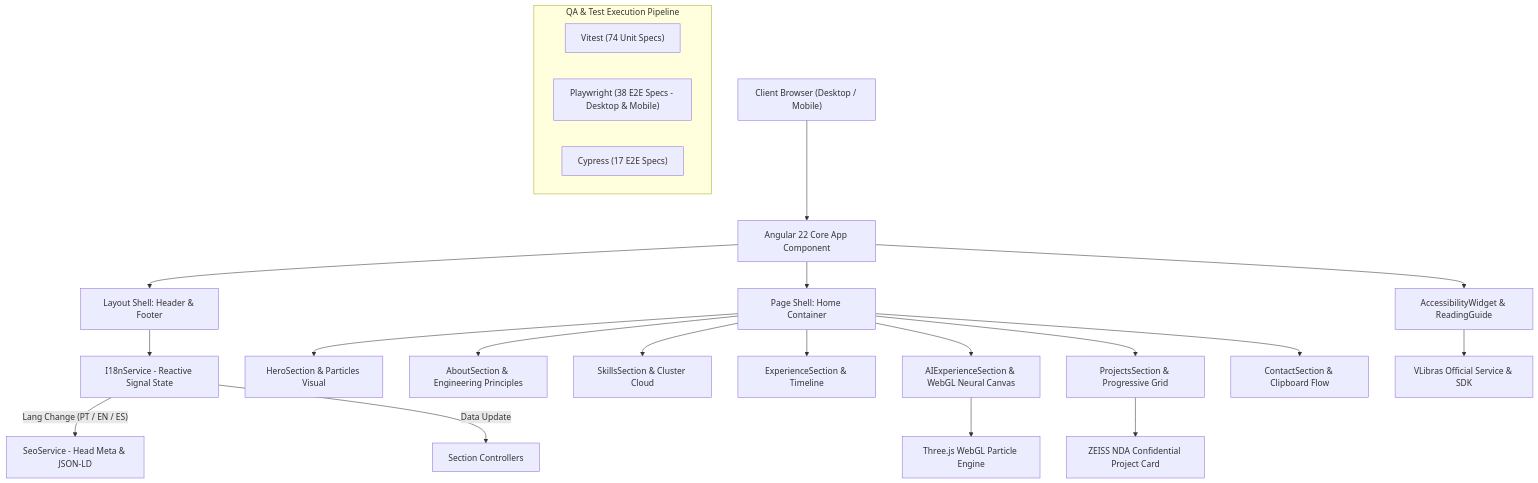
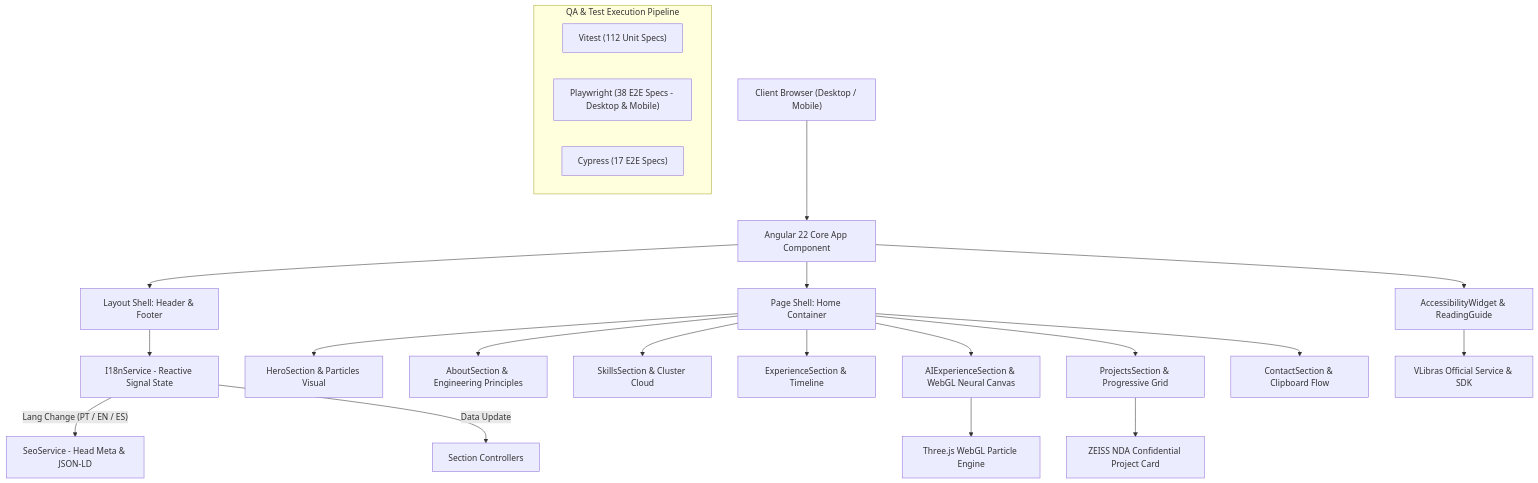
The first of 2 diagrams in README.md (DevYuriVieira/portfolio), drawn with Mermaid before and after one commit. The commit also changed other lines of this file and 4 other files, not shown here.

````diff
--- a/README.md
+++ b/README.md
@@ -144,30 +163,30 @@
 ```mermaid
 flowchart TD
     A["Client Browser (Desktop / Mobile)"] --> B["Angular 22 Core App Component"]
     
     B --> C["Layout Shell: Header & Footer"]
     B --> D["Page Shell: Home Container"]
     
     C --> E["I18nService - Reactive Signal State"]
     E -- "Lang Change (PT / EN / ES)" --> F["SeoService - Head Meta & JSON-LD"]
     E -- "Data Update" --> G["Section Controllers"]
     
     D --> H1["HeroSection & Particles Visual"]
     D --> H2["AboutSection & Engineering Principles"]
     D --> H3["SkillsSection & Cluster Cloud"]
     D --> H4["ExperienceSection & Timeline"]
     D --> H5["AIExperienceSection & WebGL Neural Canvas"]
     D --> H6["ProjectsSection & Progressive Grid"]
     D --> H7["ContactSection & Clipboard Flow"]
     
     H5 --> I["Three.js WebGL Particle Engine"]
     H6 --> J["ZEISS NDA Confidential Project Card"]
     B --> A11y["AccessibilityWidget & ReadingGuide"]
     A11y --> VLibras["VLibras Official Service & SDK"]
     
     subgraph "QA & Test Execution Pipeline"
-        K1["Vitest (74 Unit Specs)"]
+        K1["Vitest (112 Unit Specs)"]
         K2["Playwright (38 E2E Specs - Desktop & Mobile)"]
         K3["Cypress (17 E2E Specs)"]
     end
 ```
````
